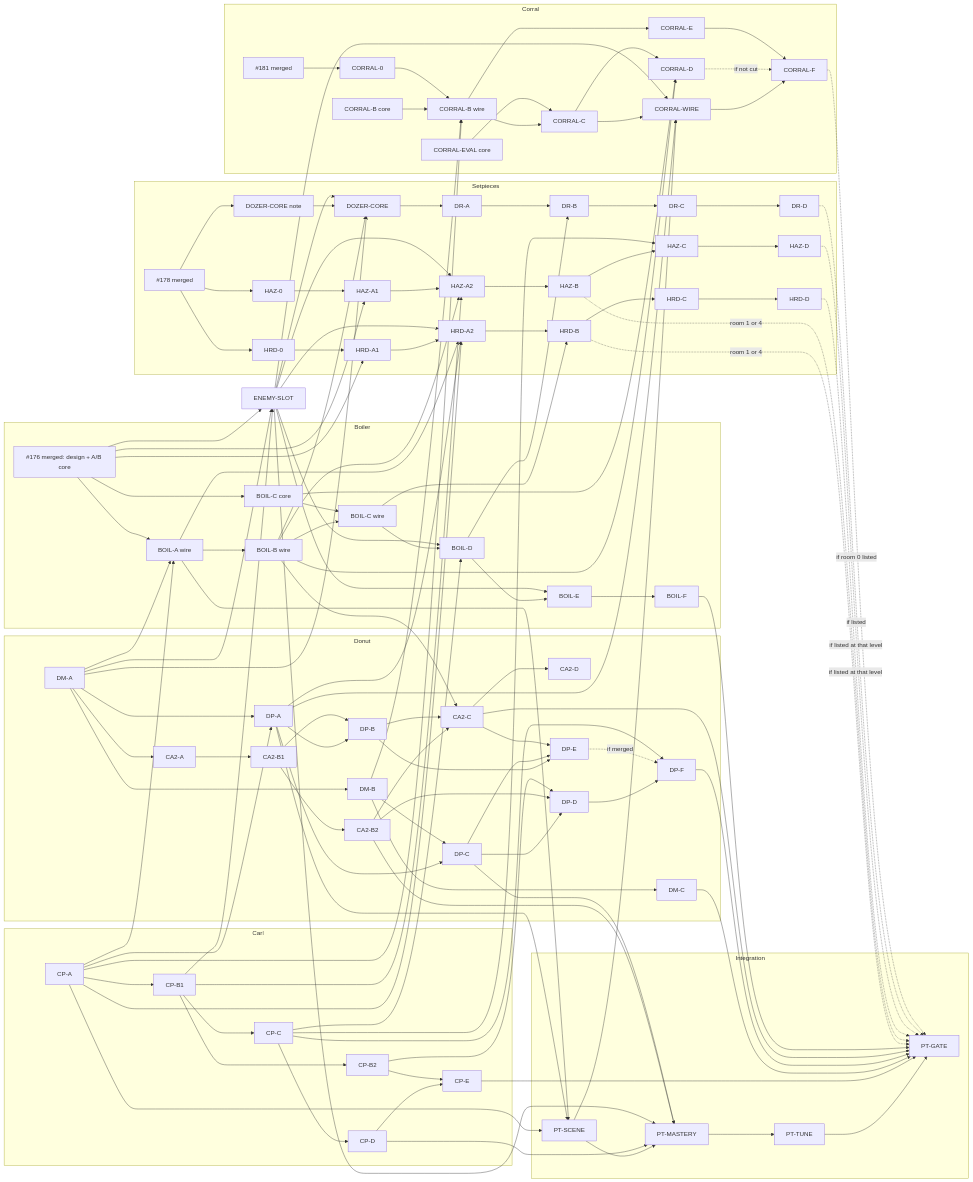
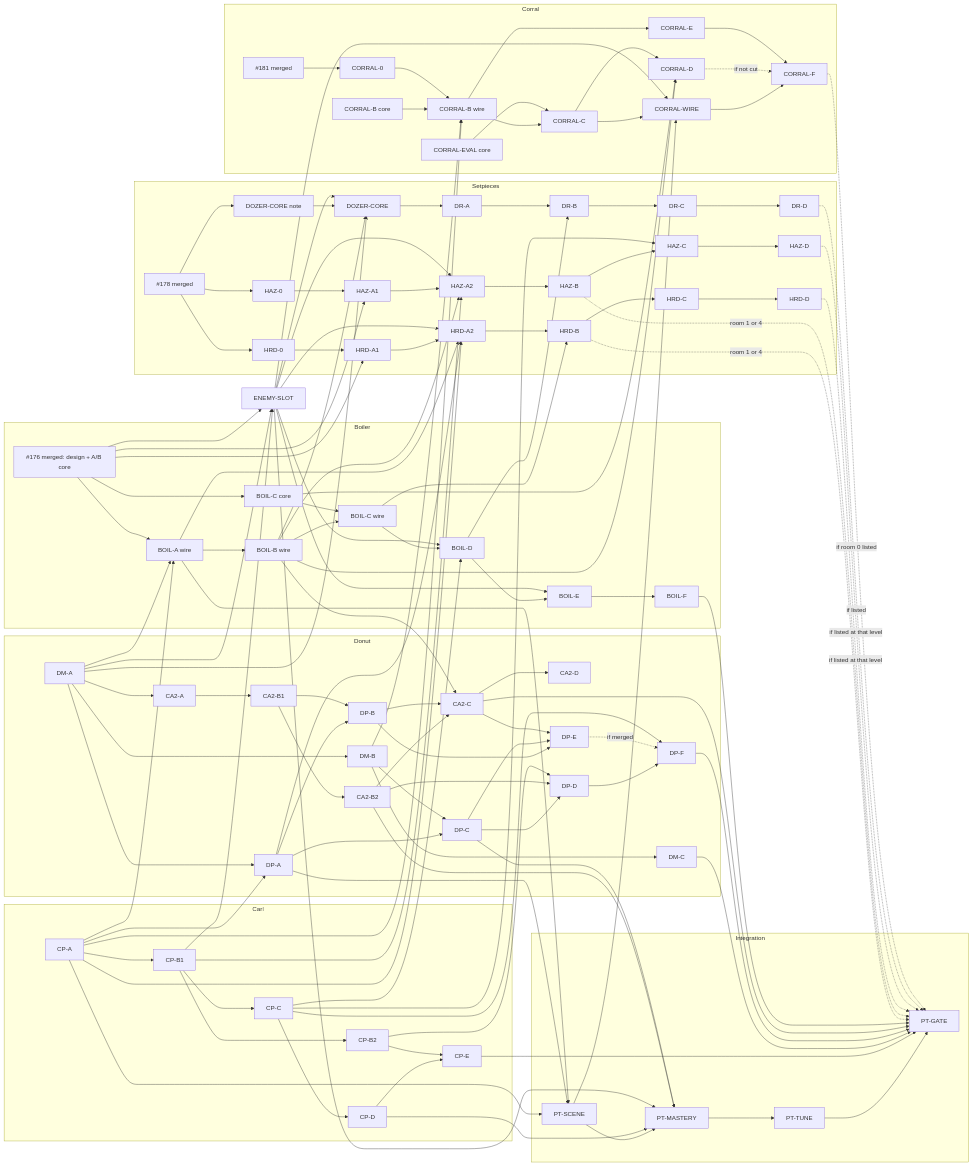
The diagram in docs/07-agents/f01-playtest-integration-plan.md (pando85/dungeon-floorbreak), drawn with Mermaid before and after one commit. The commit also changed other lines of this file, not shown here.

```diff
--- a/docs/07-agents/f01-playtest-integration-plan.md
+++ b/docs/07-agents/f01-playtest-integration-plan.md
@@ -332,7 +342,6 @@
   CEc-->CC
   PTS-->CWI
   ES-->CWI
-  DPA-->CWI
   BBw-->CD
   BCc-->CD
   CD-.->|if not cut|CF
```
